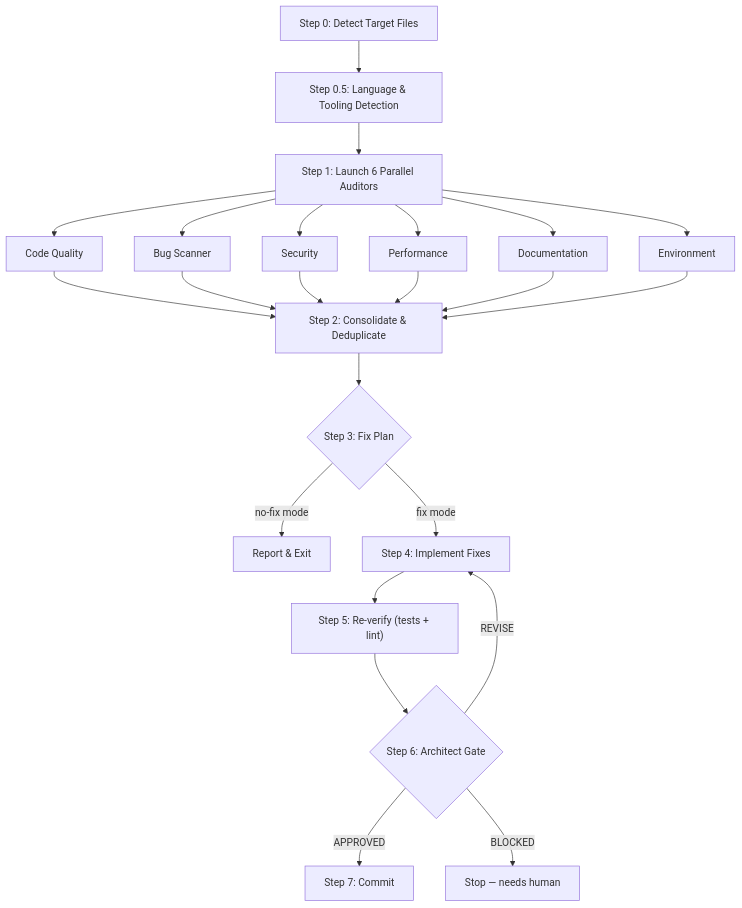
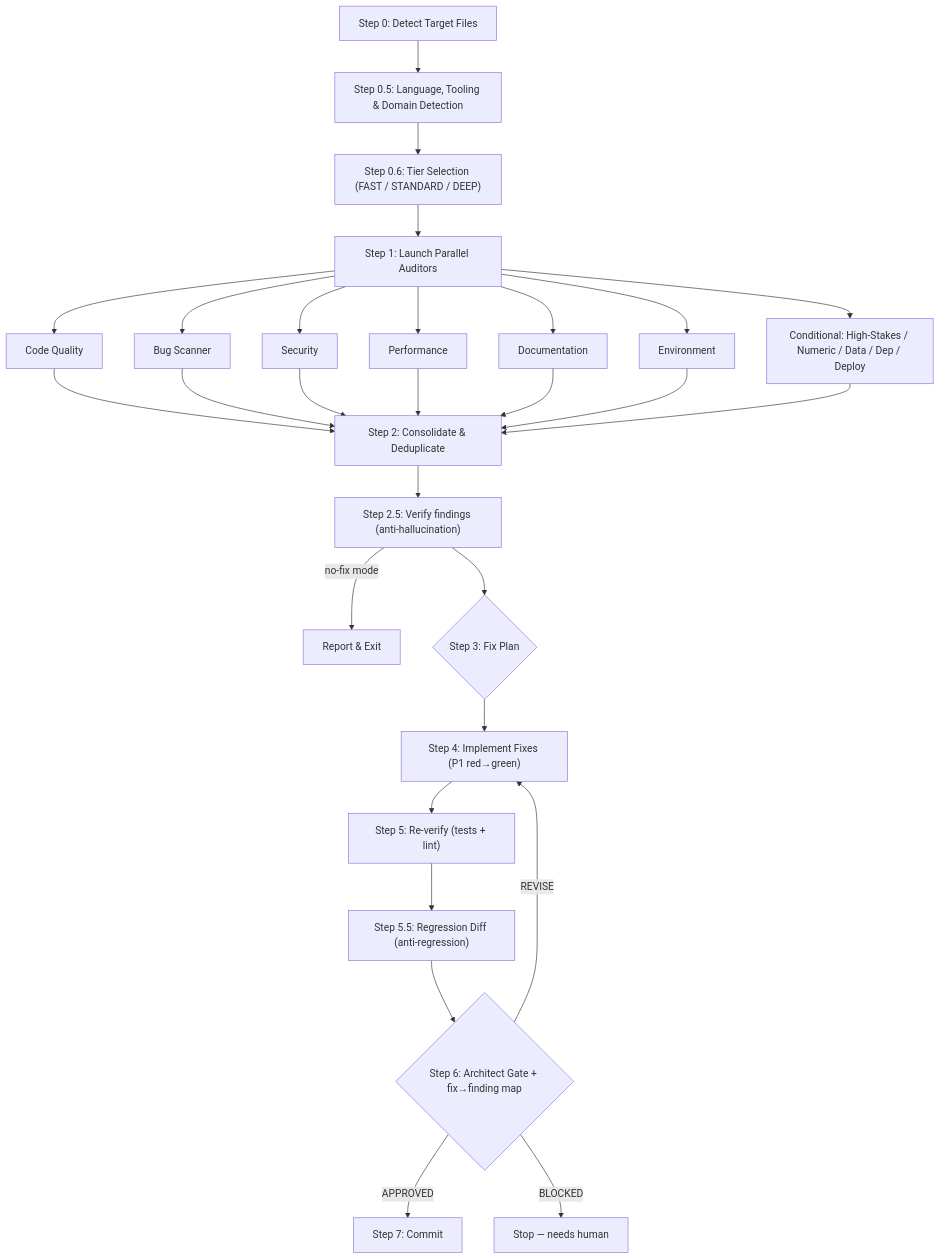
Before and after one commit to GiulioDER/cca-audit: the diagram in docs/pipeline-diagram.md, drawn with Mermaid. The commit also changed other lines of this file and 13 other files, not shown here.

````diff
--- a/docs/pipeline-diagram.md
+++ b/docs/pipeline-diagram.md
@@ -9,30 +13,35 @@
 ```mermaid
 flowchart TD
-    A["Step 0: Detect Target Files"] --> B["Step 0.5: Language & Tooling Detection"]
-    B --> C["Step 1: Launch 6 Parallel Auditors"]
-    
+    A["Step 0: Detect Target Files"] --> B["Step 0.5: Language, Tooling & Domain Detection"]
+    B --> T["Step 0.6: Tier Selection (FAST / STANDARD / DEEP)"]
+    T --> C["Step 1: Launch Parallel Auditors"]
+
     C --> C1["Code Quality"]
     C --> C2["Bug Scanner"]
     C --> C3["Security"]
     C --> C4["Performance"]
     C --> C5["Documentation"]
     C --> C6["Environment"]
-    
+    C --> C7["Conditional: High-Stakes / Numeric / Data / Dep / Deploy"]
+
     C1 --> D["Step 2: Consolidate & Deduplicate"]
     C2 --> D
     C3 --> D
     C4 --> D
     C5 --> D
     C6 --> D
-    
-    D --> E{"Step 3: Fix Plan"}
-    E -->|"no-fix mode"| STOP["Report & Exit"]
-    E -->|"fix mode"| F["Step 4: Implement Fixes"]
-    
+    C7 --> D
+
+    D --> V["Step 2.5: Verify findings (anti-hallucination)"]
+    V -->|"no-fix mode"| STOP["Report & Exit"]
+    V --> E{"Step 3: Fix Plan"}
+    E --> F["Step 4: Implement Fixes (P1 red→green)"]
+
     F --> G["Step 5: Re-verify (tests + lint)"]
-    G --> H{"Step 6: Architect Gate"}
-    
+    G --> R["Step 5.5: Regression Diff (anti-regression)"]
+    R --> H{"Step 6: Architect Gate + fix→finding map"}
+
     H -->|"APPROVED"| I["Step 7: Commit"]
     H -->|"REVISE"| F
     H -->|"BLOCKED"| BLOCK["Stop — needs human"]
 ```
````
